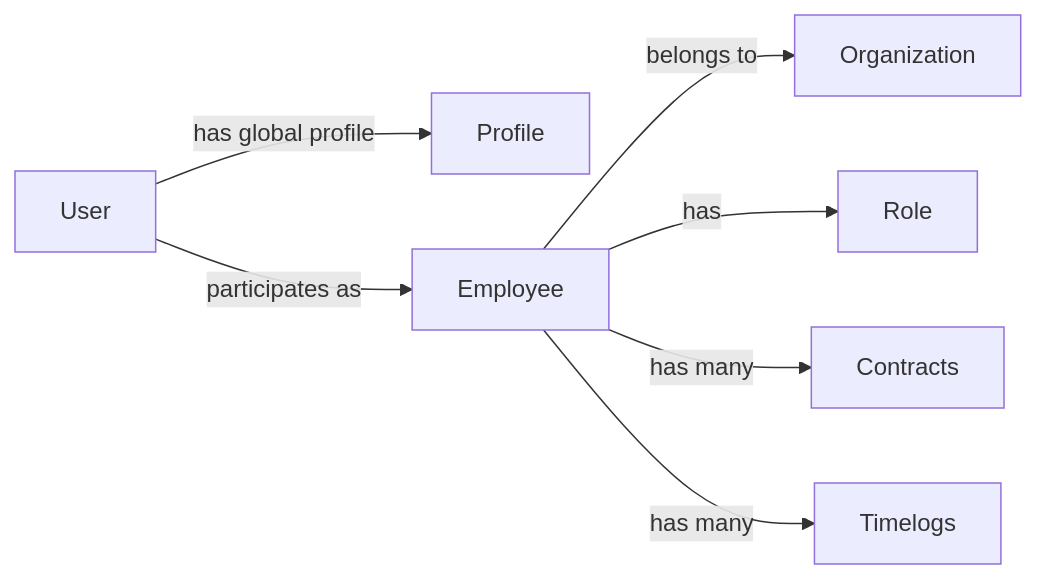
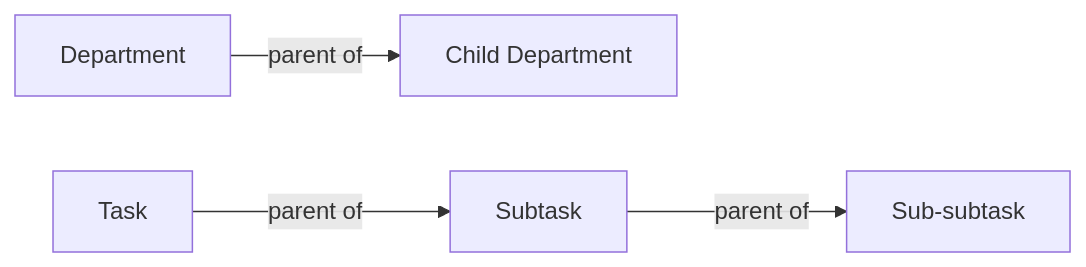
One commit to wrtnlabs/autobe-examples changed the sixth of 14 diagrams in z-ai/glm-5/erp/docs/analysis/02-domain-model.md. Above: the diagram before and after it, drawn with Mermaid. The commit also changed other lines of this file and 3761 other files, not shown here.

````diff
--- a/z-ai/glm-5/erp/docs/analysis/02-domain-model.md
+++ b/z-ai/glm-5/erp/docs/analysis/02-domain-model.md
@@ -465,9 +509,6 @@
 ```mermaid
 flowchart LR
-    A["User"] -->|"has global profile"| B["Profile"]
-    A -->|"participates as"| C["Employee"]
-    C -->|"belongs to"| D["Organization"]
-    C -->|"has"| E["Role"]
-    C -->|"has many"| F["Contracts"]
-    C -->|"has many"| G["Timelogs"]
+    D1["Department"] -->|"parent of"| D2["Child Department"]
+    T1["Task"] -->|"parent of"| T2["Subtask"]
+    T2 -->|"parent of"| T3["Sub-subtask"]
 ```
````
